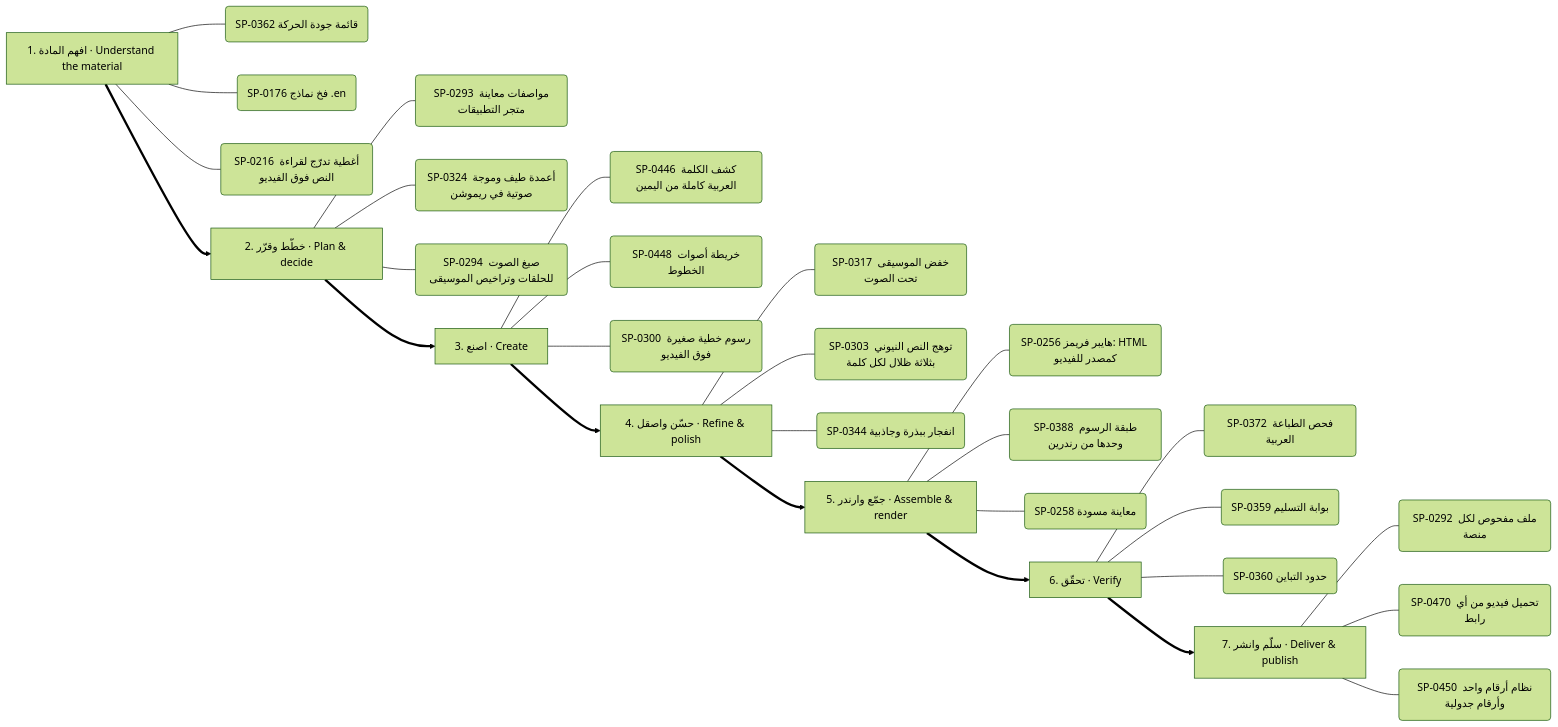
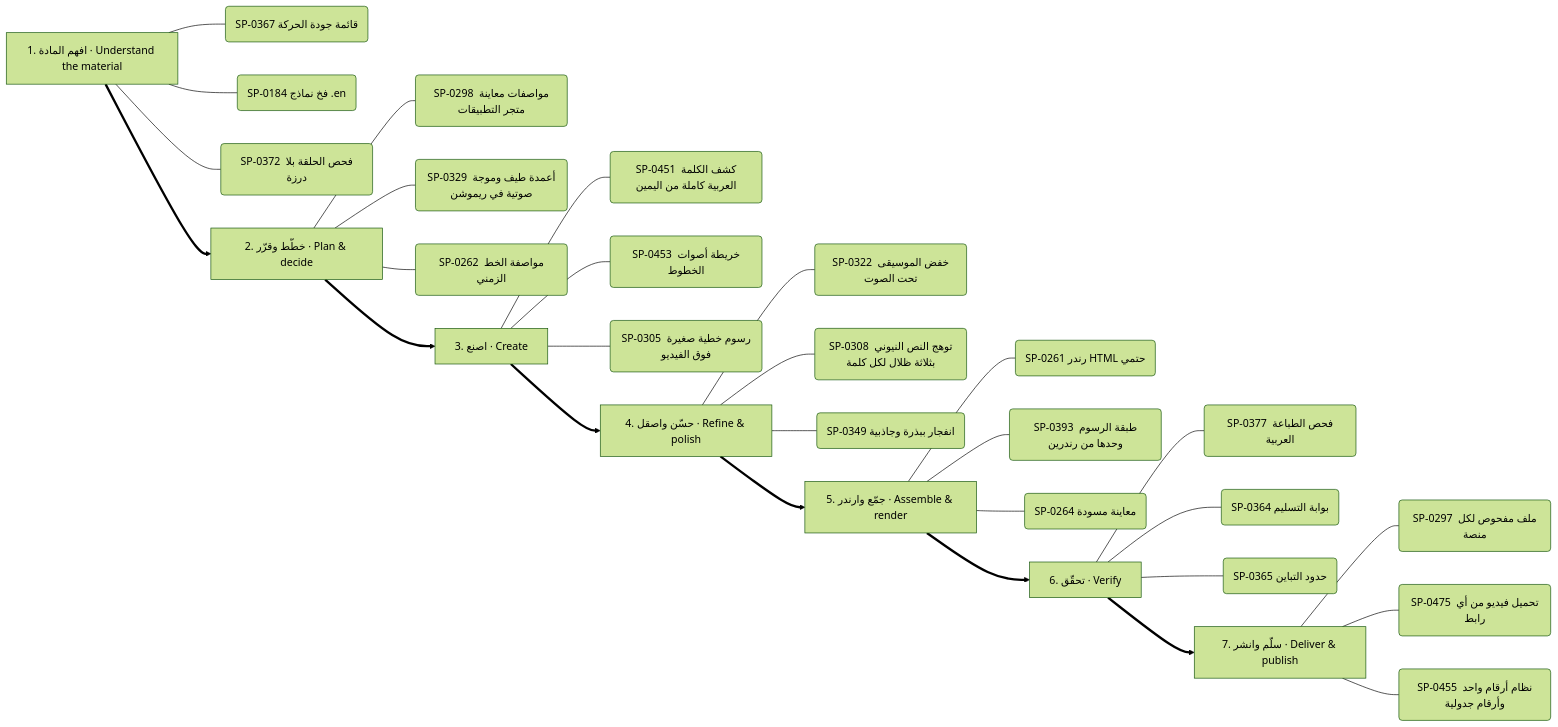
Before and after one commit to kosif199022-jpg/kosif-tool: the second of 13 diagrams in .claude/skills/kosif-superpowers/references/capability-mindmap.md, drawn with Mermaid (forest theme). The commit also changed other lines of this file and 1314 other files, not shown here.

````diff
--- a/.claude/skills/kosif-superpowers/references/capability-mindmap.md
+++ b/.claude/skills/kosif-superpowers/references/capability-mindmap.md
@@ -127,37 +129,37 @@
 ```mermaid
 flowchart LR
   S0["1. افهم المادة · Understand the material"]
-  S0 --- S0_0("SP-0362 قائمة جودة الحركة")
-  S0 --- S0_1("SP-0176 فخ نماذج .en")
-  S0 --- S0_2("SP-0216 أغطية تدرّج لقراءة النص فوق الفيديو")
+  S0 --- S0_0("SP-0367 قائمة جودة الحركة")
+  S0 --- S0_1("SP-0184 فخ نماذج .en")
+  S0 --- S0_2("SP-0372 فحص الحلقة بلا درزة")
   S1["2. خطّط وقرّر · Plan & decide"]
-  S1 --- S1_0("SP-0293 مواصفات معاينة متجر التطبيقات")
-  S1 --- S1_1("SP-0324 أعمدة طيف وموجة صوتية في ريموشن")
-  S1 --- S1_2("SP-0294 صيغ الصوت للحلقات وتراخيص الموسيقى")
+  S1 --- S1_0("SP-0298 مواصفات معاينة متجر التطبيقات")
+  S1 --- S1_1("SP-0329 أعمدة طيف وموجة صوتية في ريموشن")
+  S1 --- S1_2("SP-0262 مواصفة الخط الزمني")
   S0 ==> S1
   S2["3. اصنع · Create"]
-  S2 --- S2_0("SP-0446 كشف الكلمة العربية كاملة من اليمين")
-  S2 --- S2_1("SP-0448 خريطة أصوات الخطوط")
-  S2 --- S2_2("SP-0300 رسوم خطية صغيرة فوق الفيديو")
+  S2 --- S2_0("SP-0451 كشف الكلمة العربية كاملة من اليمين")
+  S2 --- S2_1("SP-0453 خريطة أصوات الخطوط")
+  S2 --- S2_2("SP-0305 رسوم خطية صغيرة فوق الفيديو")
   S1 ==> S2
   S3["4. حسّن واصقل · Refine & polish"]
-  S3 --- S3_0("SP-0317 خفض الموسيقى تحت الصوت")
-  S3 --- S3_1("SP-0303 توهج النص النيوني بثلاثة ظلال لكل كلمة")
-  S3 --- S3_2("SP-0344 انفجار ببذرة وجاذبية")
+  S3 --- S3_0("SP-0322 خفض الموسيقى تحت الصوت")
+  S3 --- S3_1("SP-0308 توهج النص النيوني بثلاثة ظلال لكل كلمة")
+  S3 --- S3_2("SP-0349 انفجار ببذرة وجاذبية")
   S2 ==> S3
   S4["5. جمّع وارندر · Assemble & render"]
-  S4 --- S4_0("SP-0256 هايبر فريمز: HTML كمصدر للفيديو")
-  S4 --- S4_1("SP-0388 طبقة الرسوم وحدها من رندرين")
-  S4 --- S4_2("SP-0258 معاينة مسودة")
+  S4 --- S4_0("SP-0261 رندر HTML حتمي")
+  S4 --- S4_1("SP-0393 طبقة الرسوم وحدها من رندرين")
+  S4 --- S4_2("SP-0264 معاينة مسودة")
   S3 ==> S4
   S5["6. تحقّق · Verify"]
-  S5 --- S5_0("SP-0372 فحص الطباعة العربية")
-  S5 --- S5_1("SP-0359 بوابة التسليم")
-  S5 --- S5_2("SP-0360 حدود التباين")
+  S5 --- S5_0("SP-0377 فحص الطباعة العربية")
+  S5 --- S5_1("SP-0364 بوابة التسليم")
+  S5 --- S5_2("SP-0365 حدود التباين")
   S4 ==> S5
   S6["7. سلّم وانشر · Deliver & publish"]
-  S6 --- S6_0("SP-0292 ملف مفحوص لكل منصة")
-  S6 --- S6_1("SP-0470 تحميل فيديو من أي رابط")
-  S6 --- S6_2("SP-0450 نظام أرقام واحد وأرقام جدولية")
+  S6 --- S6_0("SP-0297 ملف مفحوص لكل منصة")
+  S6 --- S6_1("SP-0475 تحميل فيديو من أي رابط")
+  S6 --- S6_2("SP-0455 نظام أرقام واحد وأرقام جدولية")
   S5 ==> S6
 ```
````
